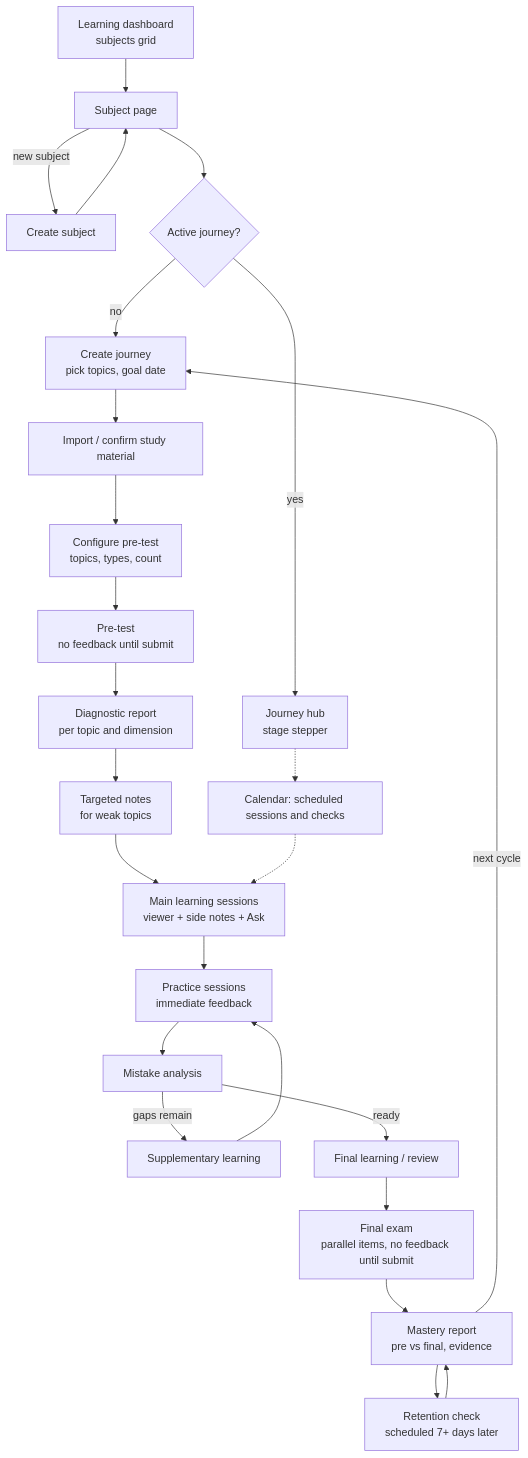
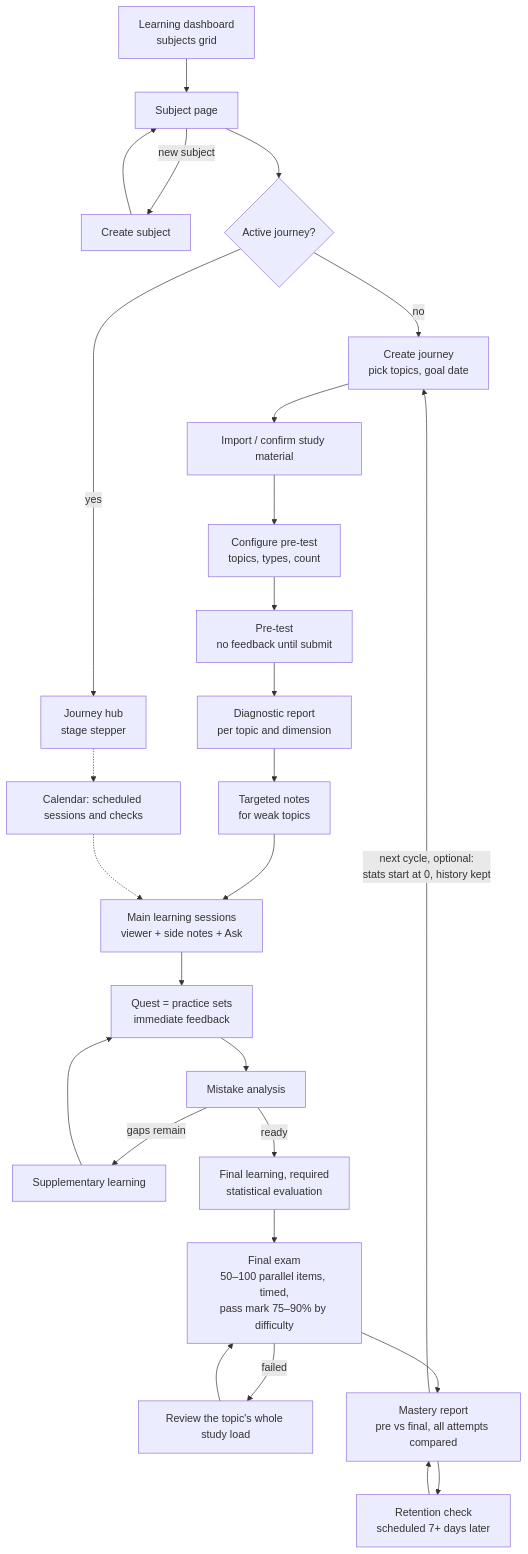
The first of 2 diagrams in docs/LEARNING_SYSTEM_SPEC.md (MauMirand/Perflw), drawn with Mermaid before and after one commit. The commit also changed other lines of this file and 3 other files, not shown here.

````diff
--- a/docs/LEARNING_SYSTEM_SPEC.md
+++ b/docs/LEARNING_SYSTEM_SPEC.md
@@ -112,25 +112,26 @@
 ```mermaid
 flowchart TD
   D[Learning dashboard<br/>subjects grid] --> S[Subject page]
   S -->|new subject| NS[Create subject] --> S
   S --> J{Active journey?}
   J -->|no| NJ[Create journey<br/>pick topics, goal date]
   J -->|yes| JH[Journey hub<br/>stage stepper]
   NJ --> M[Import / confirm study material]
   M --> PC[Configure pre-test<br/>topics, types, count]
   PC --> PT[Pre-test<br/>no feedback until submit]
   PT --> DA[Diagnostic report<br/>per topic and dimension]
   DA --> TN[Targeted notes<br/>for weak topics]
   TN --> ML[Main learning sessions<br/>viewer + side notes + Ask]
-  ML --> PR[Practice sessions<br/>immediate feedback]
+  ML --> PR[Quest = practice sets<br/>immediate feedback]
   PR --> MA[Mistake analysis]
   MA -->|gaps remain| SL[Supplementary learning] --> PR
-  MA -->|ready| FL[Final learning / review]
-  FL --> FE[Final exam<br/>parallel items, no feedback until submit]
-  FE --> MR[Mastery report<br/>pre vs final, evidence]
+  MA -->|ready| FL[Final learning, required<br/>statistical evaluation]
+  FL --> FE[Final exam<br/>50–100 parallel items, timed,<br/>pass mark 75–90% by difficulty]
+  FE -->|failed| RV[Review the topic's whole study load] --> FE
+  FE --> MR[Mastery report<br/>pre vs final, all attempts compared]
   MR --> RC[Retention check<br/>scheduled 7+ days later]
   RC --> MR
-  MR -->|next cycle| NJ
+  MR -->|next cycle, optional:<br/>stats start at 0, history kept| NJ
   JH -.-> CAL[Calendar: scheduled sessions and checks]
   CAL -.-> ML
 ```
````
